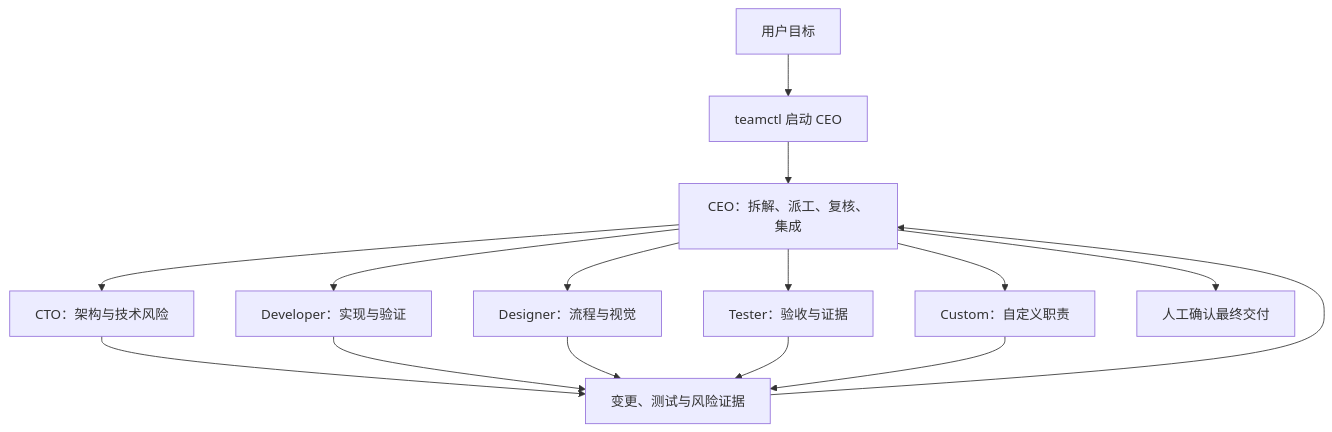
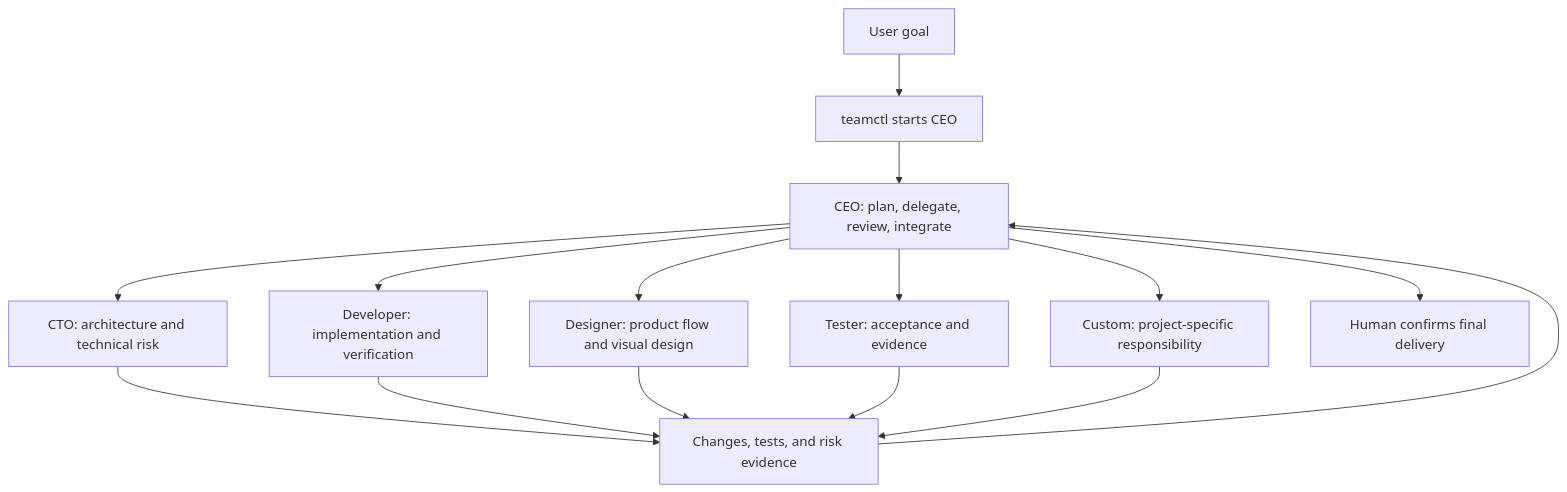
Before and after one commit to DiQiTech-AI/teamcraft: the diagram in README.md, drawn with Mermaid. The commit also changed other lines of this file and 3 other files, not shown here.

````diff
--- a/README.md
+++ b/README.md
@@ -24,17 +26,17 @@
 ```mermaid
 flowchart TD
-    U[用户目标] --> T[teamctl 启动 CEO]
-    T --> C[CEO：拆解、派工、复核、集成]
-    C --> A[CTO：架构与技术风险]
-    C --> D[Developer：实现与验证]
-    C --> G[Designer：流程与视觉]
-    C --> Q[Tester：验收与证据]
-    C --> X[Custom：自定义职责]
-    A --> R[变更、测试与风险证据]
+    U[User goal] --> T[teamctl starts CEO]
+    T --> C[CEO: plan, delegate, review, integrate]
+    C --> A[CTO: architecture and technical risk]
+    C --> D[Developer: implementation and verification]
+    C --> G[Designer: product flow and visual design]
+    C --> Q[Tester: acceptance and evidence]
+    C --> X[Custom: project-specific responsibility]
+    A --> R[Changes, tests, and risk evidence]
     D --> R
     G --> R
     Q --> R
     X --> R
     R --> C
-    C --> H[人工确认最终交付]
+    C --> H[Human confirms final delivery]
 ```
````
